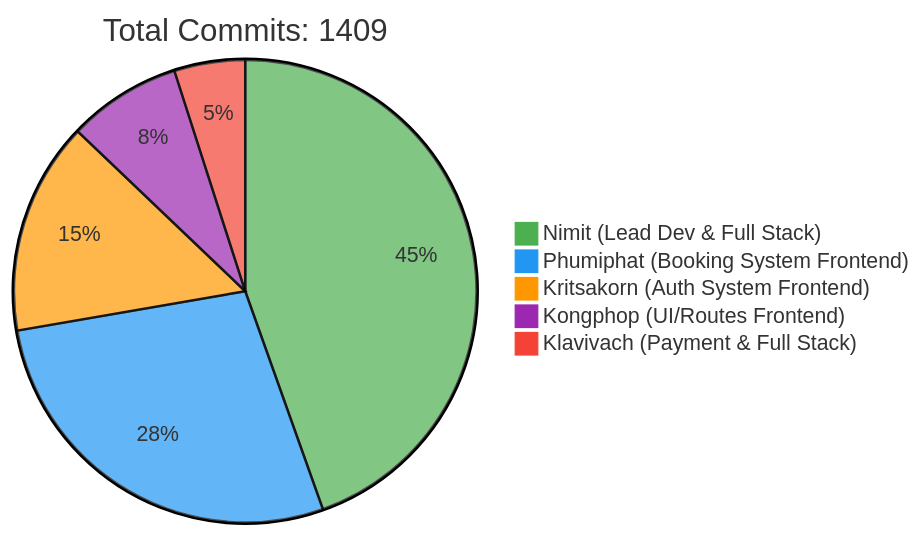
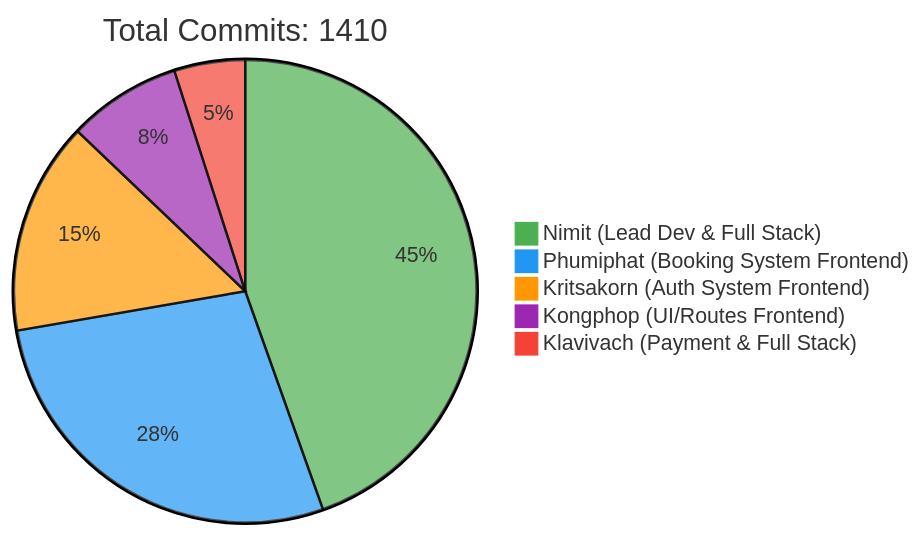
One commit to 6531503042/Sport-Complex changed the first of 2 diagrams in README.md. Above: the diagram before and after it, drawn with Mermaid. The commit also changed other lines of this file, not shown here.

Commit message:
docs: Update contributor statistics [skip ci]

````diff
--- a/README.md
+++ b/README.md
@@ -257,10 +257,10 @@
 ```mermaid
 %%{init: {'theme': 'base', 'themeVariables': { 'pie1': '#4CAF50', 'pie2': '#2196F3', 'pie3': '#FF9800', 'pie4': '#9C27B0', 'pie5': '#F44336'}}}%%
 pie
-    title Total Commits: 1409
+    title Total Commits: 1410
     "Nimit (Lead Dev & Full Stack)" : 450
     "Phumiphat (Booking System Frontend)" : 280
     "Kritsakorn (Auth System Frontend)" : 150
     "Kongphop (UI/Routes Frontend)" : 80
     "Klavivach (Payment & Full Stack)" : 50
 ```
````
